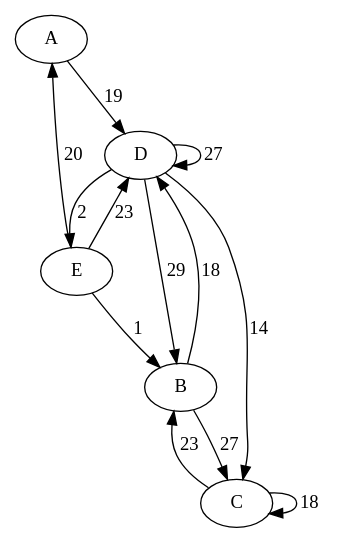
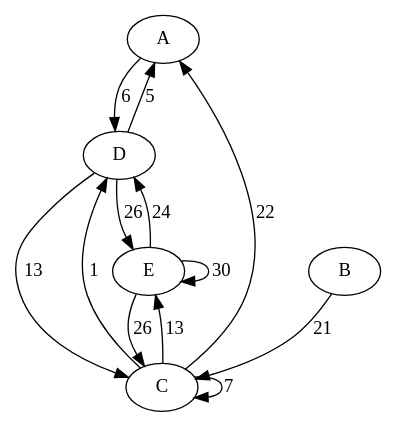
One commit to lucley64/TravailCyTech changed the diagram in S2/Algo/TP/original.dot. Above: the diagram before and after it, drawn with Graphviz. The commit also changed 3 other files, not shown here.

```diff
--- a/S2/Algo/TP/original.dot
+++ b/S2/Algo/TP/original.dot
@@ -1,43 +1,43 @@
 digraph G {
   A
   B
   C
   D
   E
+  D -> A [
+    label = 5
+  ];
+  C -> E [
+    label = 13
+  ];
+  D -> C [
+    label = 13
+  ];
+  E -> E [
+    label = 30
+  ];
+  C -> A [
+    label = 22
+  ];
   D -> E [
-    label = 2
+    label = 26
+  ];
+  E -> C [
+    label = 26
+  ];
+  E -> D [
+    label = 24
   ];
   B -> C [
-    label = 27
-  ];
-  D -> D [
-    label = 27
-  ];
-  E -> A [
-    label = 20
+    label = 21
   ];
   A -> D [
-    label = 19
+    label = 6
   ];
-  D -> B [
-    label = 29
+  C -> C [
+    label = 7
   ];
-  E -> B [
+  C -> D [
     label = 1
   ];
-  C -> C [
-    label = 18
-  ];
-  E -> D [
-    label = 23
-  ];
-  B -> D [
-    label = 18
-  ];
-  D -> C [
-    label = 14
-  ];
-  C -> B [
-    label = 23
-  ];
 }
```
